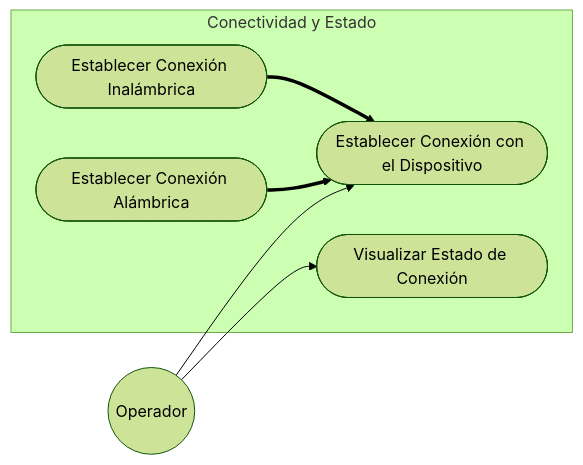
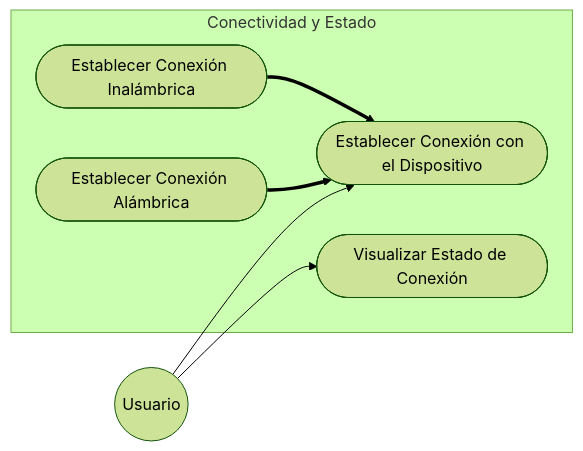
One commit to alegrelias/Repo-GMini changed the seventh of 22 diagrams in Gmini-MarkDown/Guanaco Mini.md. Above: the diagram before and after it, drawn with Mermaid (forest theme). The commit also changed other lines of this file, not shown here.

Commit message:
Se agregan diagramas de CU actualizados al documento

````diff
--- a/Gmini-MarkDown/Guanaco Mini.md
+++ b/Gmini-MarkDown/Guanaco Mini.md
@@ -599,20 +595,20 @@
 ```mermaid
 flowchart LR
 %%Actores
-Operador((Operador))
+Usuario((Usuario))
 
 subgraph Conectividad y Estado
 	CU1([Establecer Conexión con el Dispositivo])
 	CU2([Establecer Conexión Inalámbrica])
 	CU3([Establecer Conexión Alámbrica])
 	CU4([Visualizar Estado de Conexión])
 end
 
 %%Asignación
-Operador --> CU1
-Operador --> CU4
+Usuario --> CU1
+Usuario --> CU4
 
 %%Jerarquía
 CU2 ==> CU1
 CU3 ==> CU1
 ```
````
